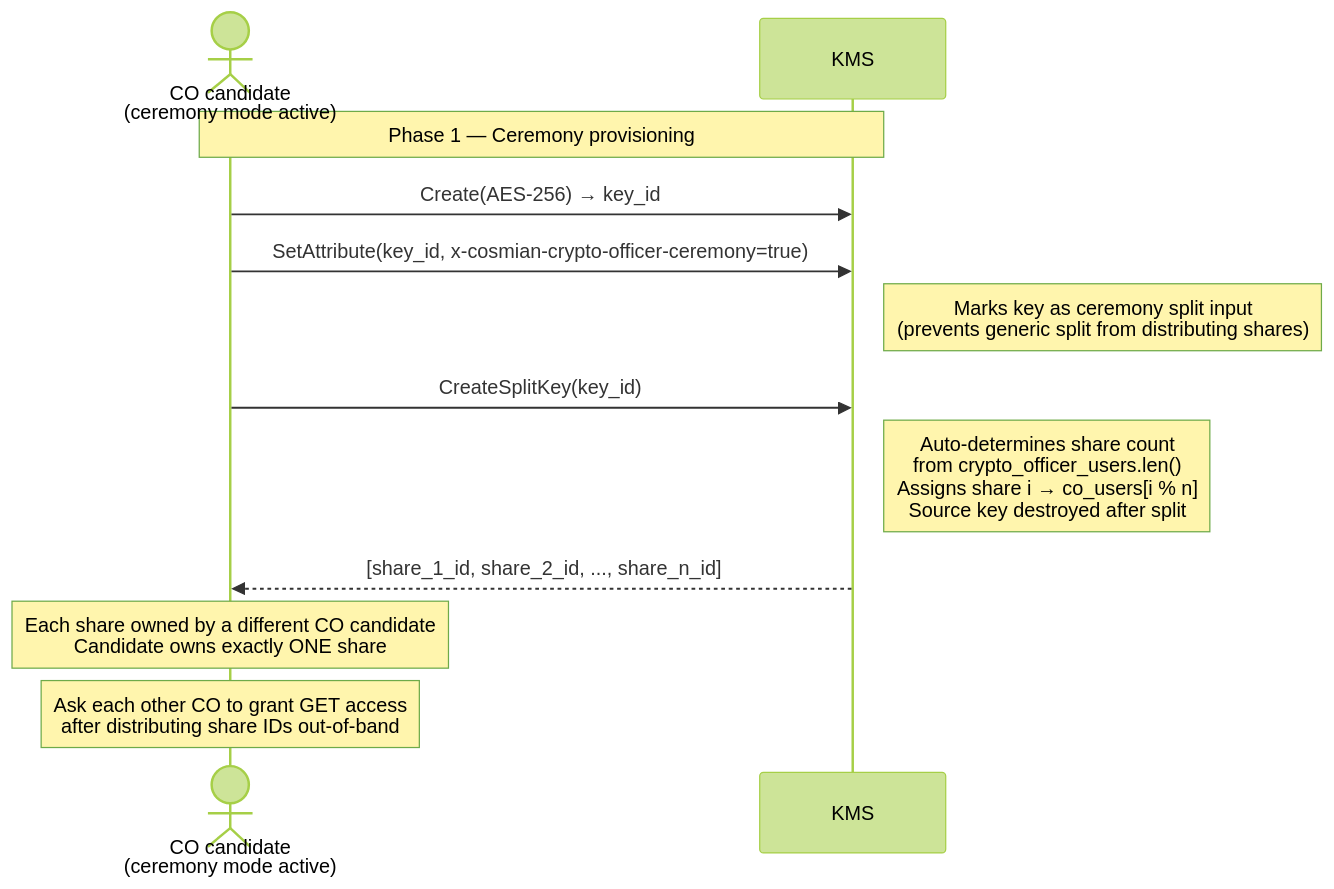
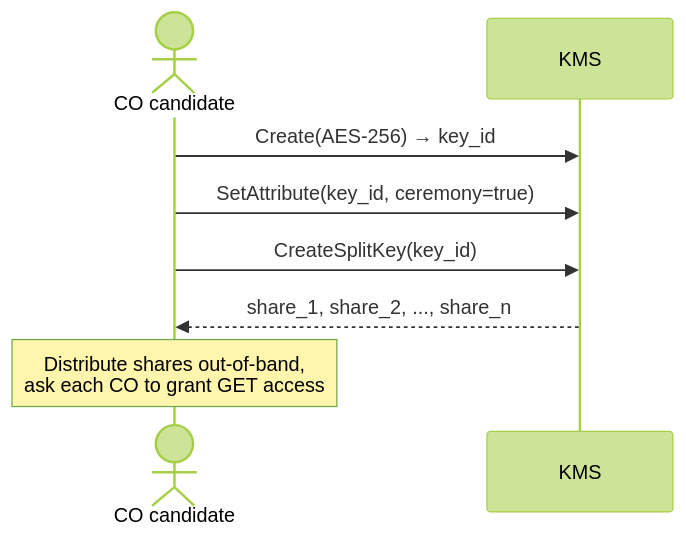
Before and after one commit to Cosmian/kms: the second of 3 diagrams in documentation/docs/configuration/authorization/key_ceremony.md, drawn with Mermaid (forest theme). The commit also changed other lines of this file and 9 other files, not shown here.

````diff
--- a/documentation/docs/configuration/authorization/key_ceremony.md
+++ b/documentation/docs/configuration/authorization/key_ceremony.md
@@ -170,20 +127,12 @@
 ```mermaid
 sequenceDiagram
-    actor Candidate as CO candidate<br/>(ceremony mode active)
+    actor Candidate as CO candidate
     participant KMS
 
-    Note over Candidate,KMS: Phase 1 — Ceremony provisioning
+    Candidate->>KMS: Create(AES-256) → key_id
+    Candidate->>KMS: SetAttribute(key_id, ceremony=true)
+    Candidate->>KMS: CreateSplitKey(key_id)
+    KMS-->>Candidate: share_1, share_2, ..., share_n
 
-    Candidate->>KMS: Create(AES-256) → key_id
-    Candidate->>KMS: SetAttribute(key_id, x-cosmian-crypto-officer-ceremony=true)
-    Note right of KMS: Marks key as ceremony split input<br/>(prevents generic split from distributing shares)
-
-    Candidate->>KMS: CreateSplitKey(key_id)
-    Note right of KMS: Auto-determines share count<br/>from crypto_officer_users.len()<br/>Assigns share i → co_users[i % n]<br/>Source key destroyed after split
-
-    KMS-->>Candidate: [share_1_id, share_2_id, ..., share_n_id]
-
-    Note over Candidate: Each share owned by a different CO candidate<br/>Candidate owns exactly ONE share
-
-    Note over Candidate: Ask each other CO to grant GET access<br/>after distributing share IDs out-of-band
+    Note over Candidate: Distribute shares out-of-band,<br/>ask each CO to grant GET access
 ```
````
